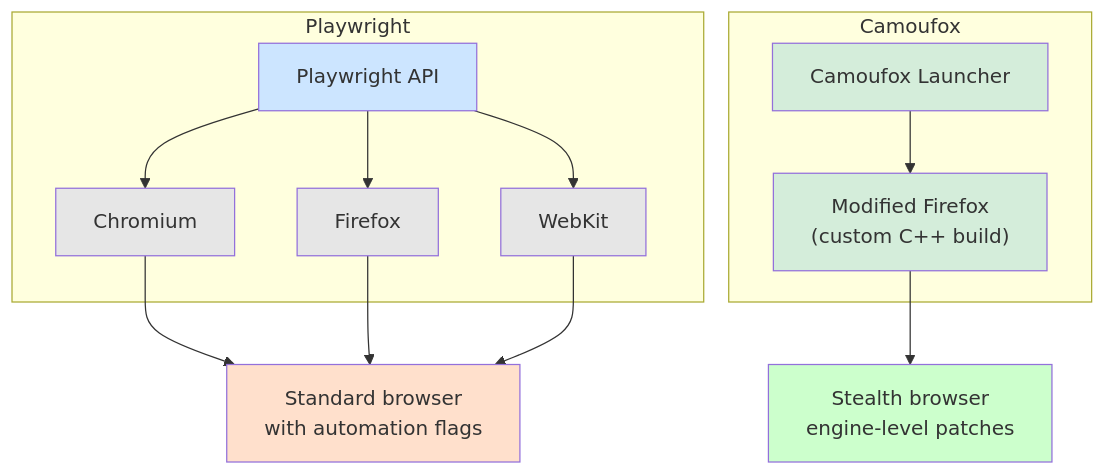
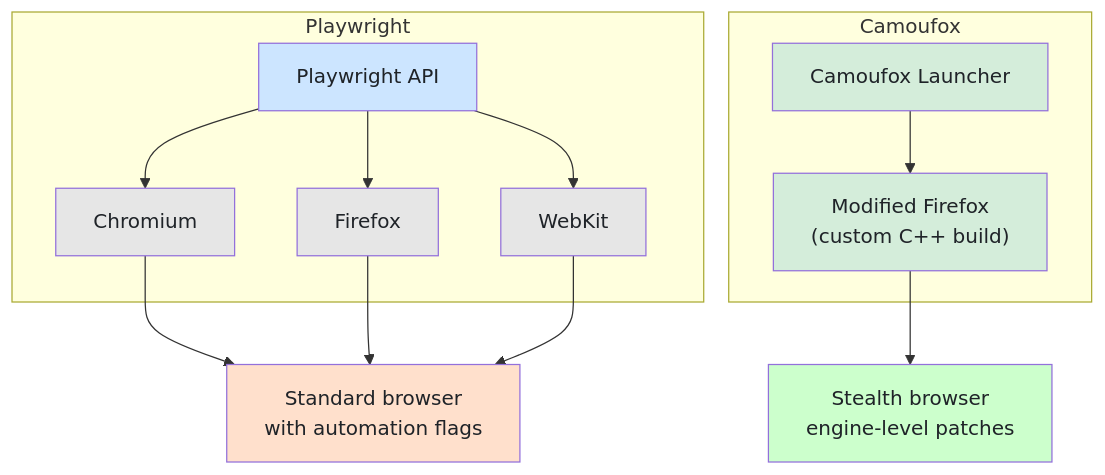
One commit to bytetunnels/bytetunnels.github.com changed the second of 3 diagrams in _posts/2026-02-19-playwright-vs-camoufox-stealth-automation-head-to-head.md. Above: the diagram before and after it, drawn with Mermaid. The commit also changed other lines of this file and 118 other files, not shown here.

Commit message:
feat: improve diagram styling and compact wide flowcharts

````diff
--- a/_posts/2026-02-19-playwright-vs-camoufox-stealth-automation-head-to-head.md
+++ b/_posts/2026-02-19-playwright-vs-camoufox-stealth-automation-head-to-head.md
@@ -208,26 +208,26 @@
 ```mermaid
 graph TD
     subgraph "Playwright"
         P["Playwright API"] --> C["Chromium"]
         P --> FF["Firefox"]
         P --> W["WebKit"]
     end
 
     subgraph "Camoufox"
         CF["Camoufox Launcher"] --> MF["Modified Firefox<br>(custom C++ build)"]
     end
 
     C --> S1["Standard browser<br>with automation flags"]
     FF --> S1
     W --> S1
     MF --> S2["Stealth browser<br>engine-level patches"]
 
-    style P fill:#cce5ff
-    style CF fill:#d4edda
-    style C fill:#e6e6e6
-    style FF fill:#e6e6e6
-    style W fill:#e6e6e6
-    style MF fill:#d4edda
-    style S1 fill:#ffe0cc
-    style S2 fill:#ccffcc
+    style P fill:#cce5ff,color:#1f2328
+    style CF fill:#d4edda,color:#1f2328
+    style C fill:#e6e6e6,color:#1f2328
+    style FF fill:#e6e6e6,color:#1f2328
+    style W fill:#e6e6e6,color:#1f2328
+    style MF fill:#d4edda,color:#1f2328
+    style S1 fill:#ffe0cc,color:#1f2328
+    style S2 fill:#ccffcc,color:#1f2328
 ```
````
